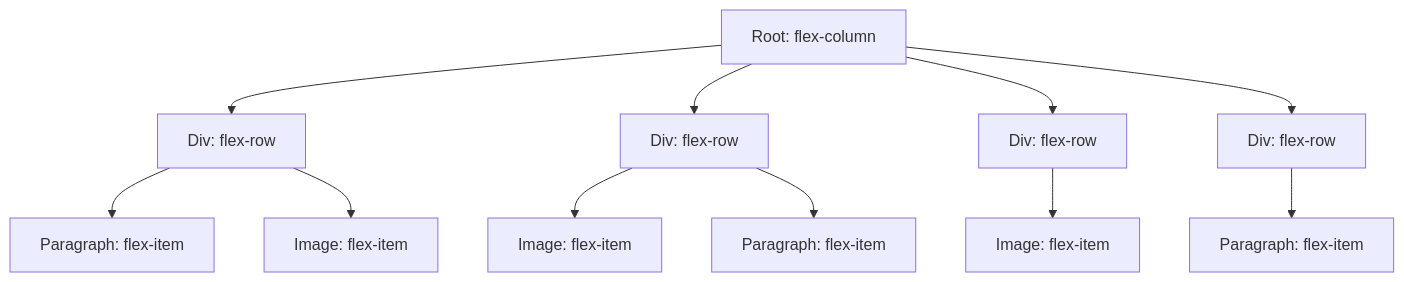
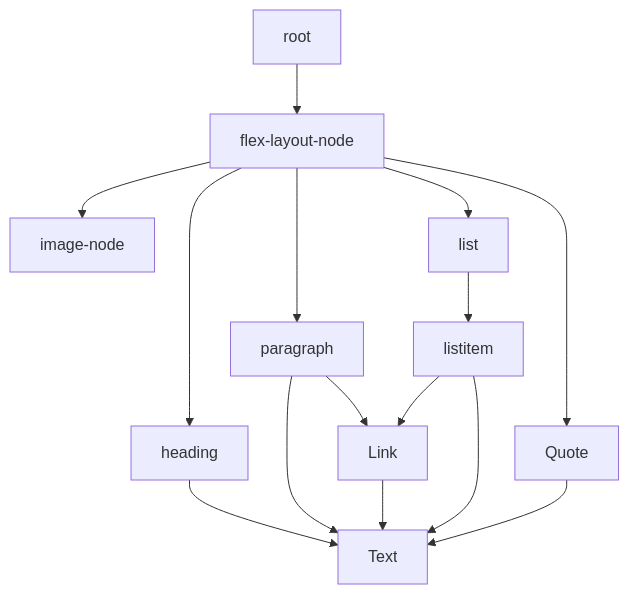
The diagram in packages/flex-layout-plugin/README.md (dictyBase/frontendx), drawn with Mermaid before and after one commit. The commit also changed other lines of this file, not shown here.

First line of the commit message:
docs(flex-layout-plugin): update README.md to enhance documentation clarity and detail about flex-layout integration in Lexical

````diff
--- a/packages/flex-layout-plugin/README.md
+++ b/packages/flex-layout-plugin/README.md
@@ -7,13 +7,32 @@
 ```mermaid
-graph TD
-    A[Root: flex-column] --> B[Div: flex-row]
-    A[Root: flex-column] --> C[Div: flex-row]
-    A[Root: flex-column] --> D[Div: flex-row]
-    A[Root: flex-column] --> E[Div: flex-row]
-    B --> B1[Paragraph: flex-item]
-    B --> B2[Image: flex-item]
-    C --> C1[Image: flex-item]
-    C --> C2[Paragraph: flex-item]
-    D --> D1[Image: flex-item]
-    E --> E2[Paragraph: flex-item]
+flowchart TD
+
+A[root]
+B[flex-layout-node]
+C[paragraph]
+D[heading]
+E[list]
+F[listitem]
+G[image-node]
+H[Link]
+I[Quote]
+Z[Text]
+
+
+A --> B
+B --> G
+B --> D
+B --> C
+B --> E
+B --> I
+C --> Z
+E --> F
+C --> H
+H --> Z
+F --> H
+I --> Z
+F --> Z
+
+D --> Z
+
 ```
````
